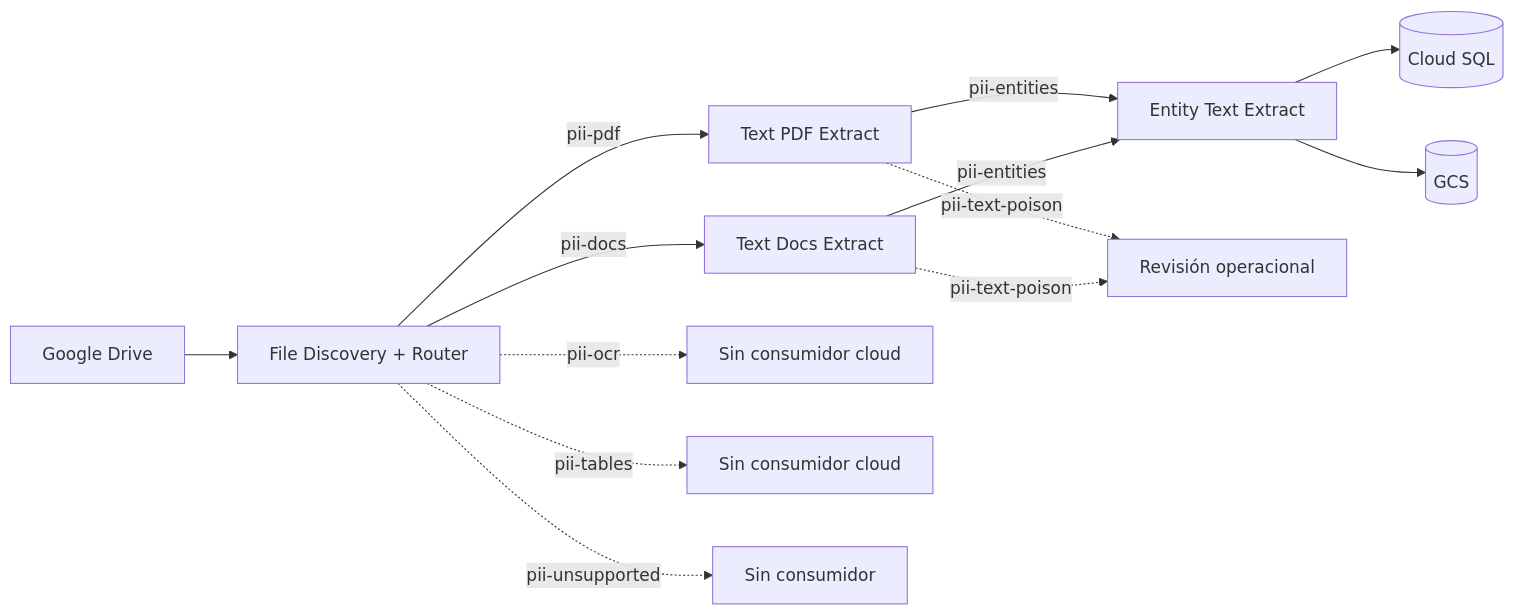
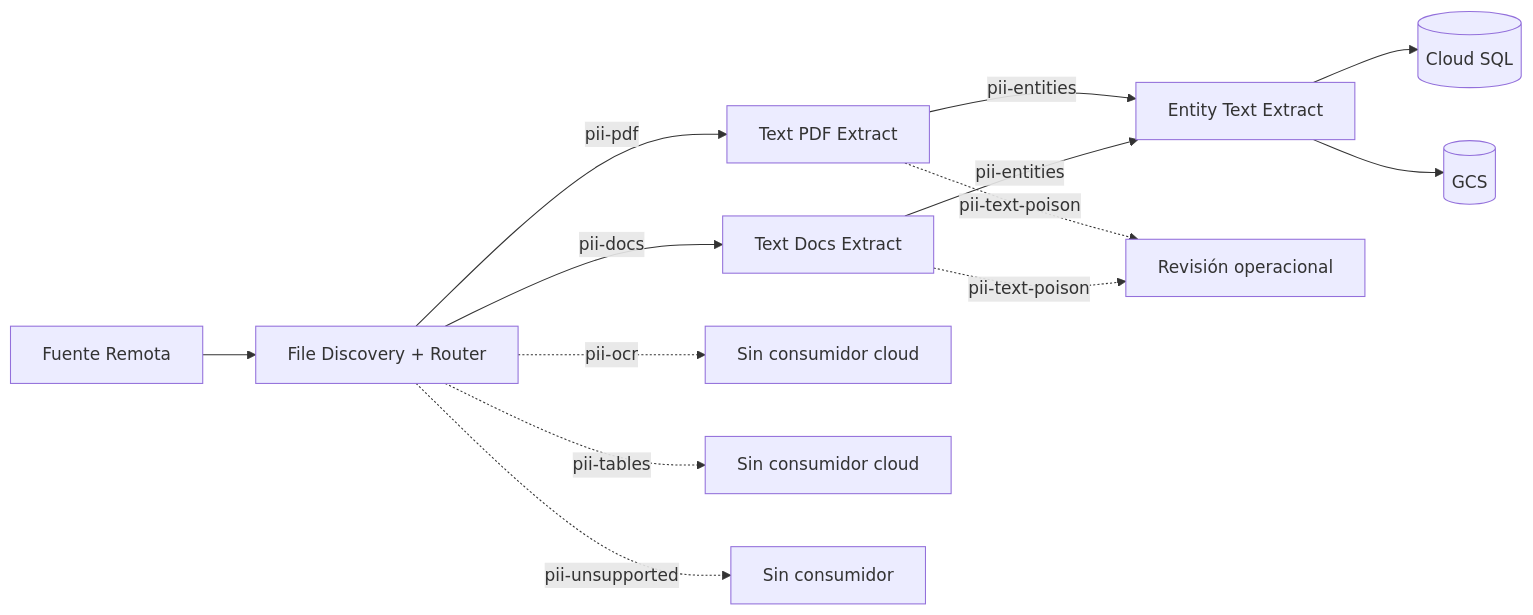
The diagram in docs/index.md (JavierLdD/PII-Cloud), drawn with Mermaid before and after one commit. The commit also changed other lines of this file and 7 other files, not shown here.

````diff
--- a/docs/index.md
+++ b/docs/index.md
@@ -16,15 +7,15 @@
 ```mermaid
 flowchart LR
-    D["Google Drive"] --> R["File Discovery + Router"]
+    D["Fuente Remota"] --> R["File Discovery + Router"]
     R -->|"pii-pdf"| P["Text PDF Extract"]
     R -->|"pii-docs"| T["Text Docs Extract"]
     P -->|"pii-entities"| E["Entity Text Extract"]
     T -->|"pii-entities"| E
     R -.->|"pii-ocr"| O["Sin consumidor cloud"]
     R -.->|"pii-tables"| A["Sin consumidor cloud"]
     R -.->|"pii-unsupported"| U["Sin consumidor"]
     P -.->|"pii-text-poison"| X["Revisión operacional"]
     T -.->|"pii-text-poison"| X
     E --> S[("Cloud SQL")]
     E --> G[("GCS")]
 ```
````
